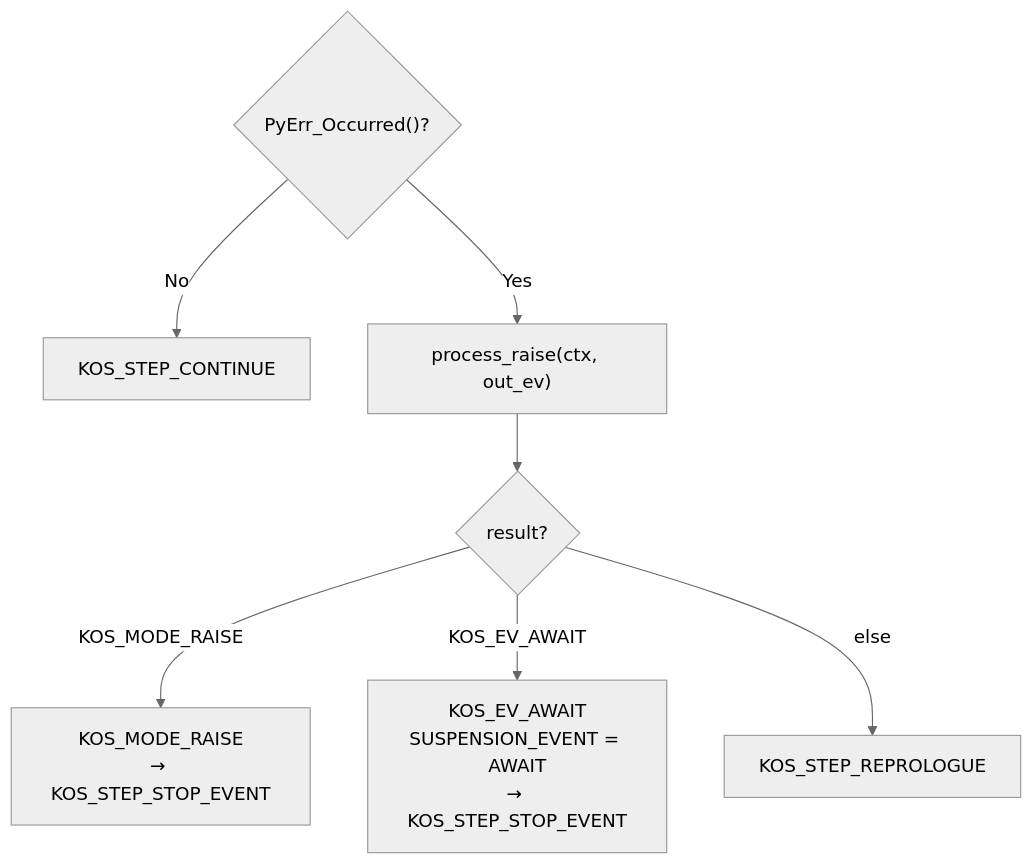
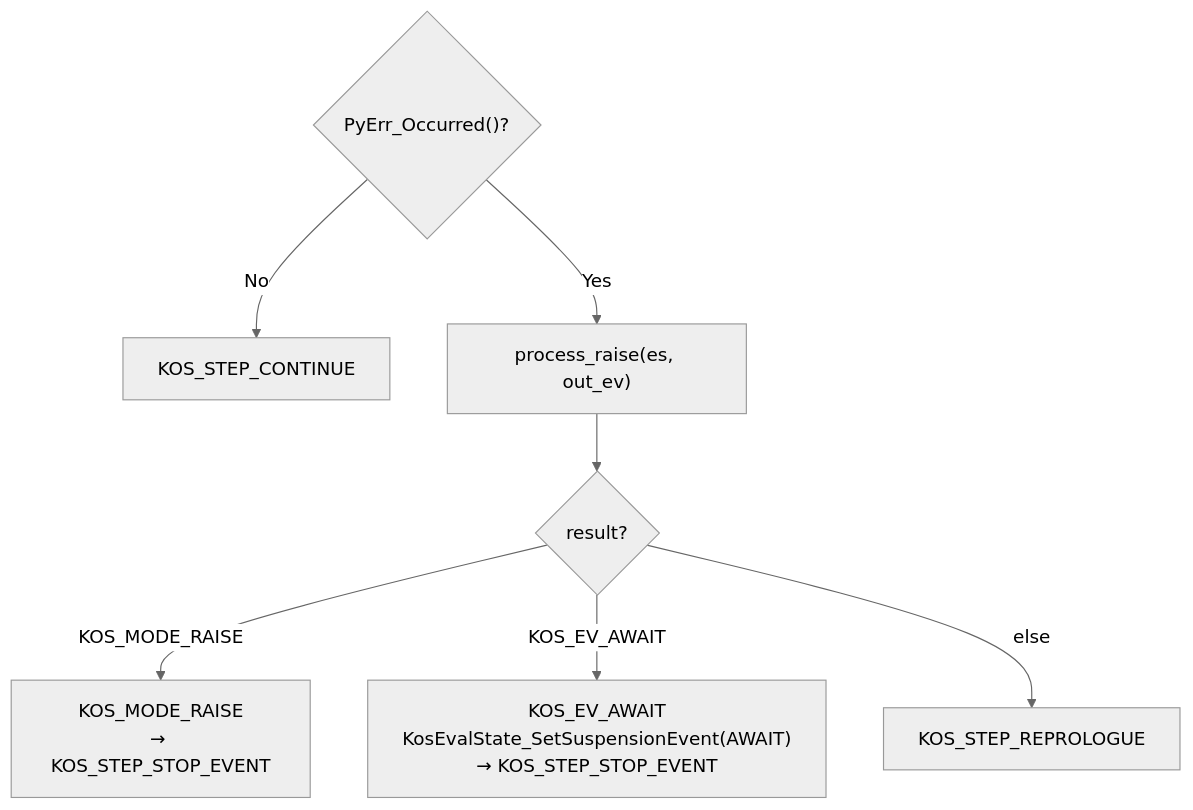
One commit to koskari-lang/koskari changed the fourth of 10 diagrams in design/EVALUATOR.md. Above: the diagram before and after it, drawn with Mermaid (neutral theme). The commit also changed other lines of this file and 30 other files, not shown here.

````diff
--- a/design/EVALUATOR.md
+++ b/design/EVALUATOR.md
@@ -178,17 +193,17 @@
 ```mermaid
 flowchart TD
     pyerr{"PyErr_Occurred()?"}
     cont["KOS_STEP_CONTINUE"]
-    process["process_raise(ctx, out_ev)"]
+    process["process_raise(es, out_ev)"]
     raise_check{"result?"}
     stop_raise["KOS_MODE_RAISE<br/>→ KOS_STEP_STOP_EVENT"]
-    stop_await["KOS_EV_AWAIT<br/>SUSPENSION_EVENT = AWAIT<br/>→ KOS_STEP_STOP_EVENT"]
+    stop_await["KOS_EV_AWAIT<br/>KosEvalState_SetSuspensionEvent(AWAIT)<br/>→ KOS_STEP_STOP_EVENT"]
     repro["KOS_STEP_REPROLOGUE"]
 
     pyerr -->|No| cont
     pyerr -->|Yes| process
     process --> raise_check
     raise_check -->|KOS_MODE_RAISE| stop_raise
     raise_check -->|KOS_EV_AWAIT| stop_await
     raise_check -->|else| repro
 ```
````
